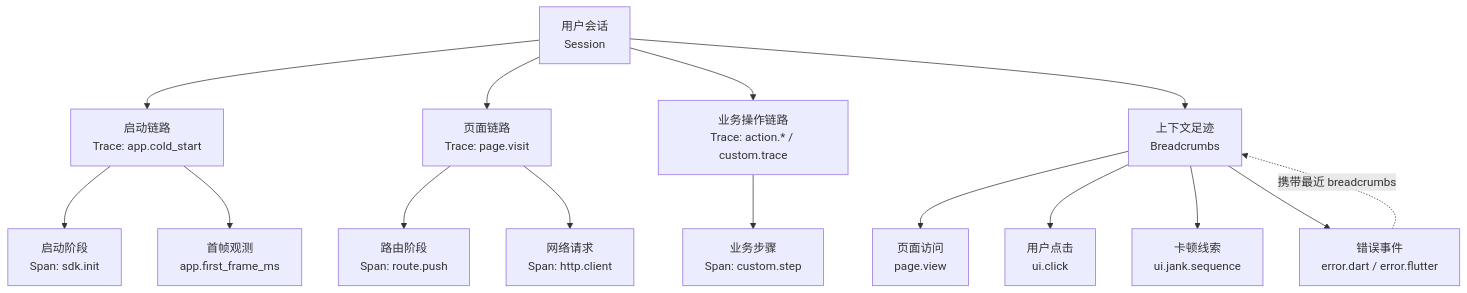
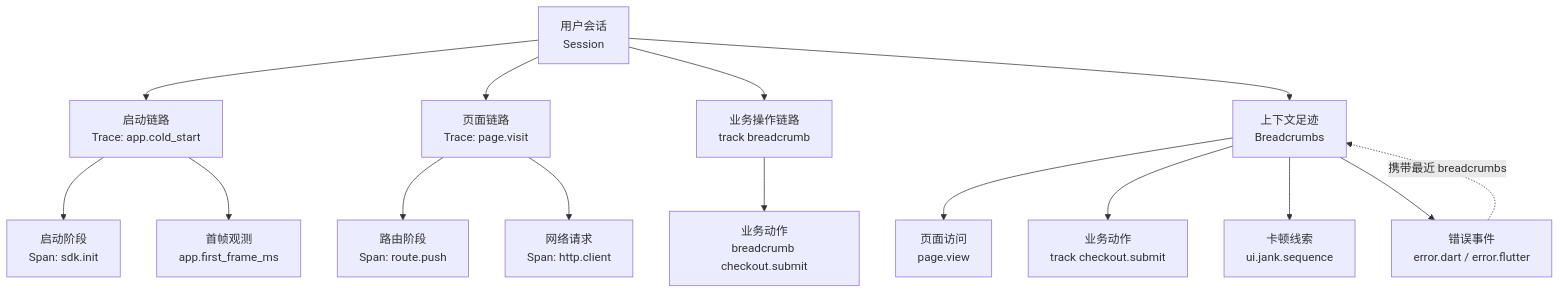
Before and after one commit to xinqingaa/flutter_monitor: the second of 2 diagrams in docs/event_model.md, drawn with Mermaid. The commit also changed other lines of this file and 12 other files, not shown here.

````diff
--- a/docs/event_model.md
+++ b/docs/event_model.md
@@ -838,32 +842,32 @@
 ```mermaid
 flowchart TD
   Session["用户会话<br/>Session"]
   StartTrace["启动链路<br/>Trace: app.cold_start"]
   PageTrace["页面链路<br/>Trace: page.visit"]
-  ActionTrace["业务操作链路<br/>Trace: action.* / custom.trace"]
+  ActionTrace["业务操作链路<br/>track breadcrumb"]
   InitSpan["启动阶段<br/>Span: sdk.init"]
   FirstFrame["首帧观测<br/>app.first_frame_ms"]
   RouteSpan["路由阶段<br/>Span: route.push"]
   HttpSpan["网络请求<br/>Span: http.client"]
-  CustomSpan["业务步骤<br/>Span: custom.step"]
+  CustomSpan["业务动作<br/>breadcrumb checkout.submit"]
   Breadcrumbs["上下文足迹<br/>Breadcrumbs"]
   PageViewBc["页面访问<br/>page.view"]
-  ClickBc["用户点击<br/>ui.click"]
+  ClickBc["业务动作<br/>track checkout.submit"]
   JankBc["卡顿线索<br/>ui.jank.sequence"]
   ErrorEvent["错误事件<br/>error.dart / error.flutter"]
 
   Session --> StartTrace
   Session --> PageTrace
   Session --> ActionTrace
   StartTrace --> InitSpan
   StartTrace --> FirstFrame
   PageTrace --> RouteSpan
   PageTrace --> HttpSpan
   ActionTrace --> CustomSpan
   Session --> Breadcrumbs
   Breadcrumbs --> PageViewBc
   Breadcrumbs --> ClickBc
   Breadcrumbs --> JankBc
   Breadcrumbs --> ErrorEvent
   ErrorEvent -.->|"携带最近 breadcrumbs"| Breadcrumbs
 ```
````
